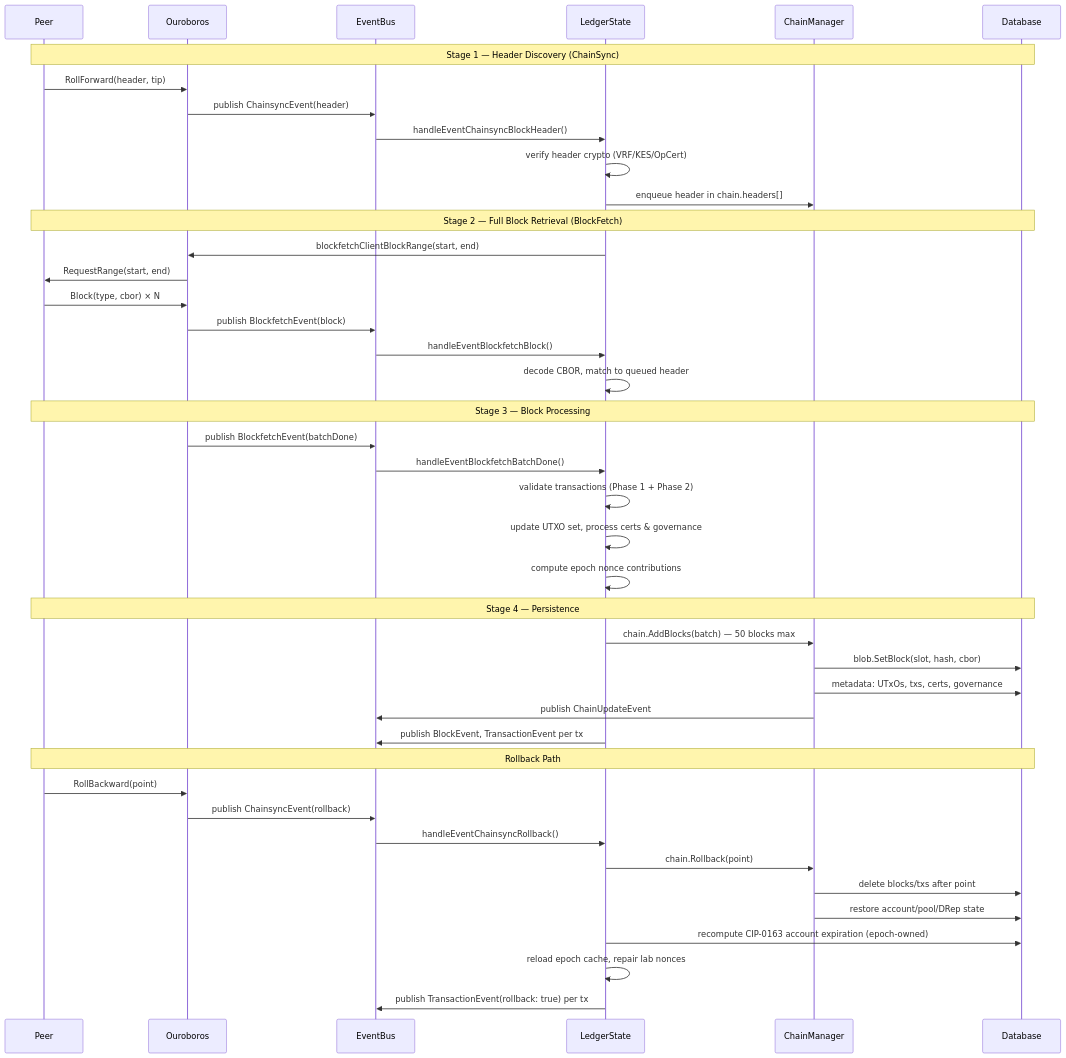
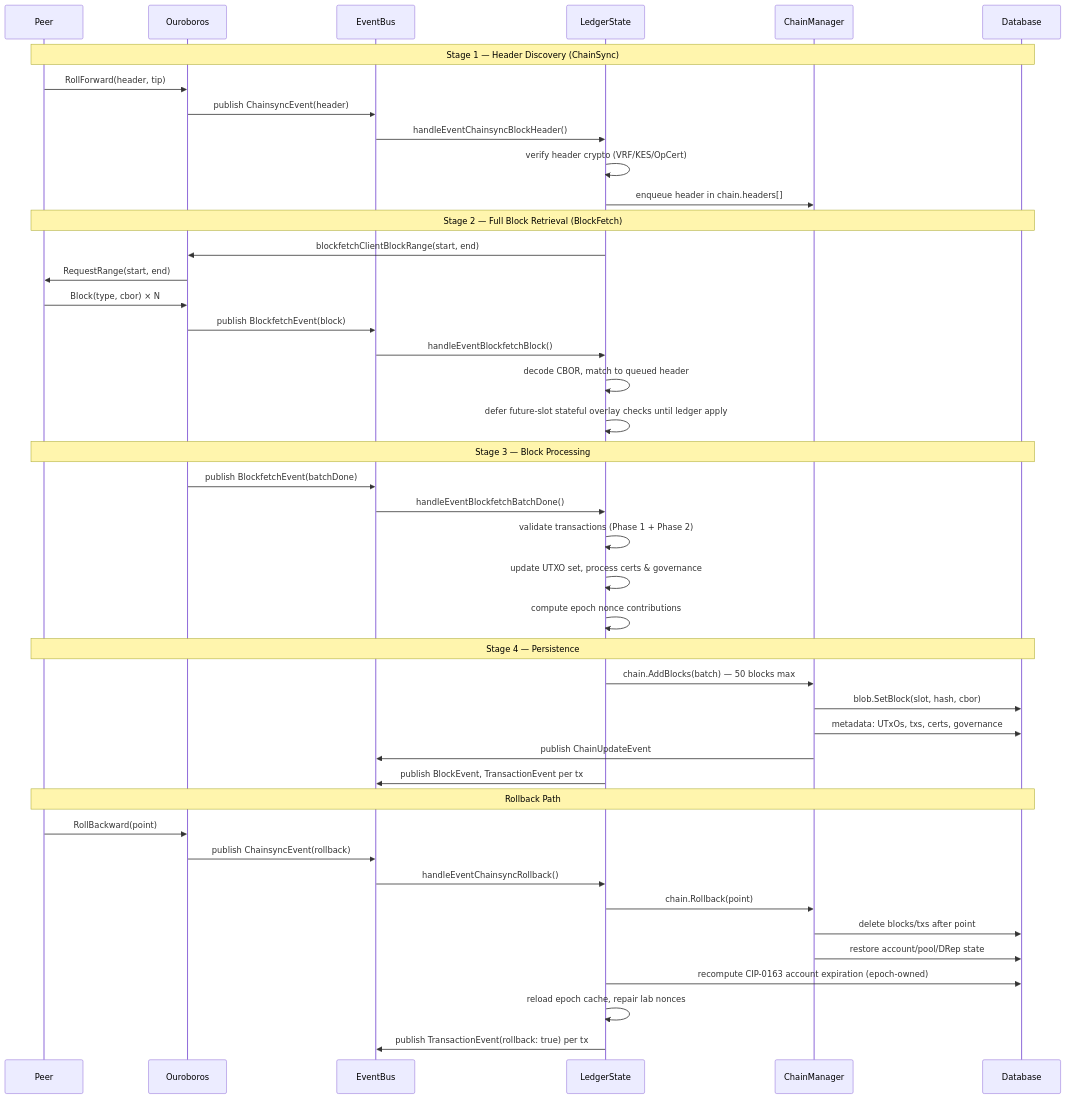
Before and after one commit to blinklabs-io/dingo: the third of 5 diagrams in ARCHITECTURE.md, drawn with Mermaid. The commit also changed 2 other files, not shown here.

Commit message:
fix(ledger): defer stale genesis overlay checks

````diff
--- a/ARCHITECTURE.md
+++ b/ARCHITECTURE.md
@@ -267,49 +267,50 @@
 ```mermaid
 sequenceDiagram
     participant Peer
     participant OB as Ouroboros
     participant EB as EventBus
     participant LS as LedgerState
     participant ChM as ChainManager
     participant DB as Database
 
     Note over Peer,DB: Stage 1 — Header Discovery (ChainSync)
     Peer->>OB: RollForward(header, tip)
     OB->>EB: publish ChainsyncEvent(header)
     EB->>LS: handleEventChainsyncBlockHeader()
     LS->>LS: verify header crypto (VRF/KES/OpCert)
     LS->>ChM: enqueue header in chain.headers[]
 
     Note over Peer,DB: Stage 2 — Full Block Retrieval (BlockFetch)
     LS->>OB: blockfetchClientBlockRange(start, end)
     OB->>Peer: RequestRange(start, end)
     Peer->>OB: Block(type, cbor) × N
     OB->>EB: publish BlockfetchEvent(block)
     EB->>LS: handleEventBlockfetchBlock()
     LS->>LS: decode CBOR, match to queued header
+    LS->>LS: defer future-slot stateful overlay checks until ledger apply
 
     Note over Peer,DB: Stage 3 — Block Processing
     OB->>EB: publish BlockfetchEvent(batchDone)
     EB->>LS: handleEventBlockfetchBatchDone()
     LS->>LS: validate transactions (Phase 1 + Phase 2)
     LS->>LS: update UTXO set, process certs & governance
     LS->>LS: compute epoch nonce contributions
 
     Note over Peer,DB: Stage 4 — Persistence
     LS->>ChM: chain.AddBlocks(batch) — 50 blocks max
     ChM->>DB: blob.SetBlock(slot, hash, cbor)
     ChM->>DB: metadata: UTxOs, txs, certs, governance
     ChM->>EB: publish ChainUpdateEvent
     LS->>EB: publish BlockEvent, TransactionEvent per tx
 
     Note over Peer,DB: Rollback Path
     Peer->>OB: RollBackward(point)
     OB->>EB: publish ChainsyncEvent(rollback)
     EB->>LS: handleEventChainsyncRollback()
     LS->>ChM: chain.Rollback(point)
     ChM->>DB: delete blocks/txs after point
     ChM->>DB: restore account/pool/DRep state
     LS->>DB: recompute CIP-0163 account expiration (epoch-owned)
     LS->>LS: reload epoch cache, repair lab nonces
     LS->>EB: publish TransactionEvent(rollback: true) per tx
 ```
````
